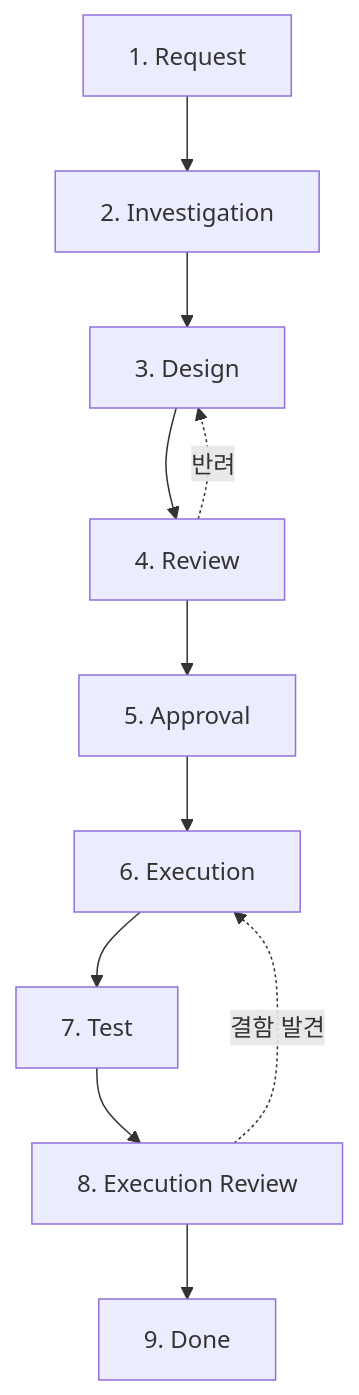
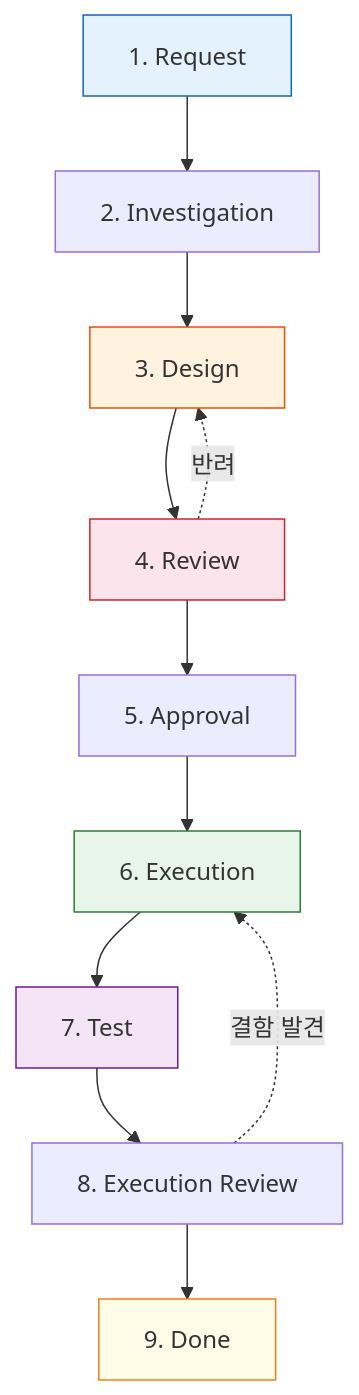
Before and after one commit to pheanor-agent/p-hermes: the diagram in docs/blog/posts/why-9-step-workflow.md, drawn with Mermaid. The commit also changed other lines of this file and 14 other files, not shown here.

````diff
--- a/docs/blog/posts/why-9-step-workflow.md
+++ b/docs/blog/posts/why-9-step-workflow.md
@@ -45,14 +115,21 @@
 ```mermaid
 graph TD
     S1[1. Request] --> S2[2. Investigation]
     S2 --> S3[3. Design]
     S3 --> S4[4. Review]
     S4 --> S5[5. Approval]
     S5 --> S6[6. Execution]
     S6 --> S7[7. Test]
     S7 --> S8[8. Execution Review]
     S8 --> S9[9. Done]
 
     S4 -.->|반려| S3
     S8 -.->|결함 발견| S6
+
+    style S1 fill:#e3f2fd,stroke:#1565c0
+    style S3 fill:#fff3e0,stroke:#e65100
+    style S4 fill:#fce4ec,stroke:#c62828
+    style S6 fill:#e8f5e9,stroke:#2e7d32
+    style S7 fill:#f3e5f5,stroke:#6a1b9a
+    style S9 fill:#fffde7,stroke:#f57f17
 ```
````
